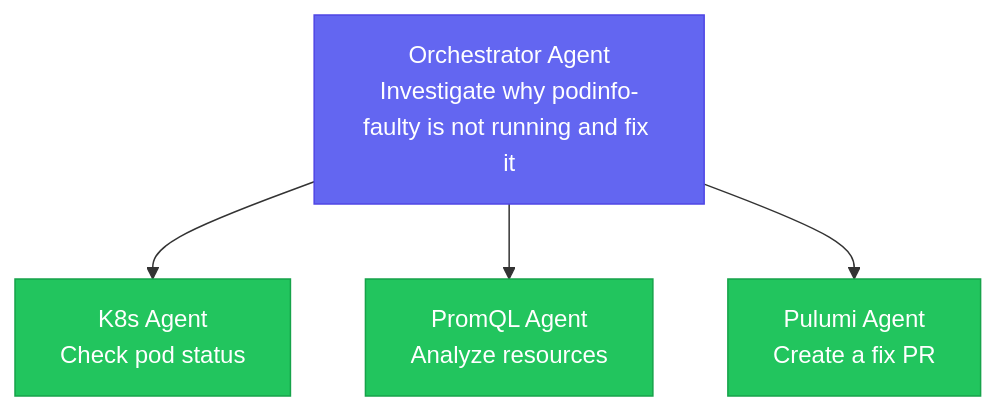
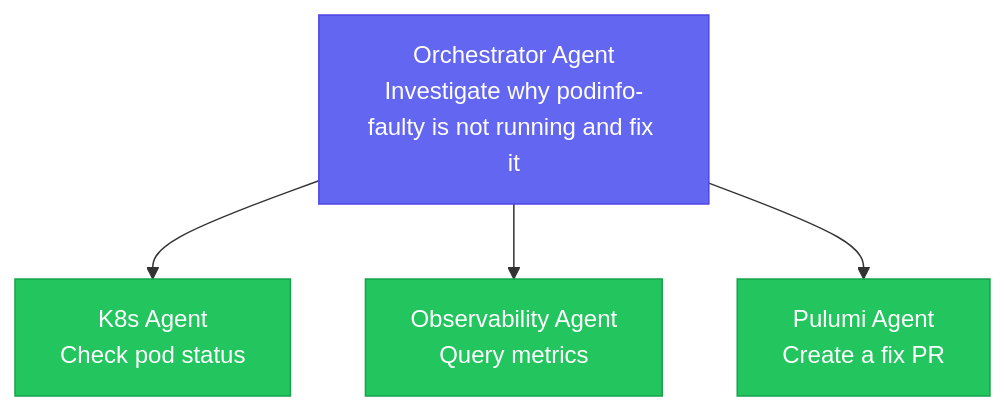
Before and after one commit to dirien/cfgmgmtcamp-2026-agentic-ai-workshop: the first of 2 diagrams in 04-multi-agent-troubleshooting.md, drawn with Mermaid. The commit also changed other lines of this file and 1 other file, not shown here.

````diff
--- a/04-multi-agent-troubleshooting.md
+++ b/04-multi-agent-troubleshooting.md
@@ -23,17 +23,17 @@
 ```mermaid
 graph TD
     orch["Orchestrator Agent<br/>Investigate why podinfo-faulty is not running and fix it"]
 
     orch --> k8s
-    orch --> promql
+    orch --> obs
     orch --> pulumi
 
     k8s["K8s Agent<br/>Check pod status"]
-    promql["PromQL Agent<br/>Analyze resources"]
+    obs["Observability Agent<br/>Query metrics"]
     pulumi["Pulumi Agent<br/>Create a fix PR"]
 
     style orch fill:#6366f1,stroke:#4f46e5,color:#fff
     style k8s fill:#22c55e,stroke:#16a34a,color:#fff
-    style promql fill:#22c55e,stroke:#16a34a,color:#fff
+    style obs fill:#22c55e,stroke:#16a34a,color:#fff
     style pulumi fill:#22c55e,stroke:#16a34a,color:#fff
 ```
````
